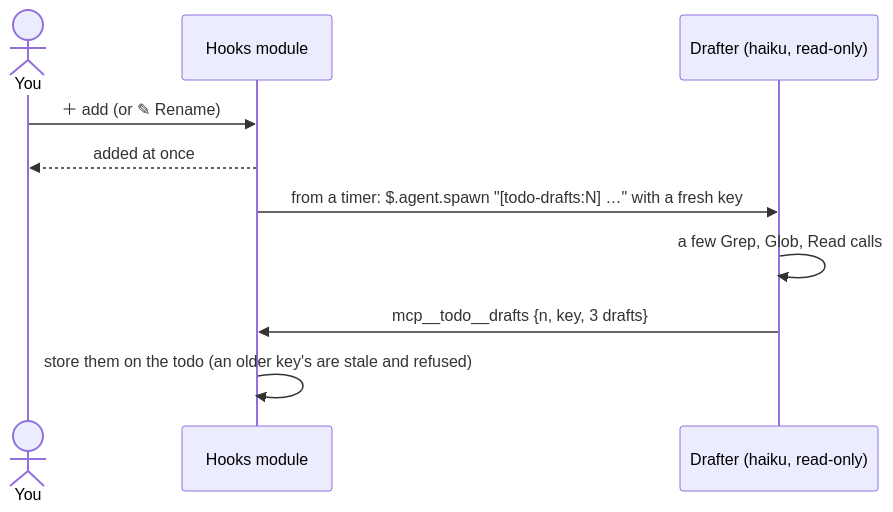
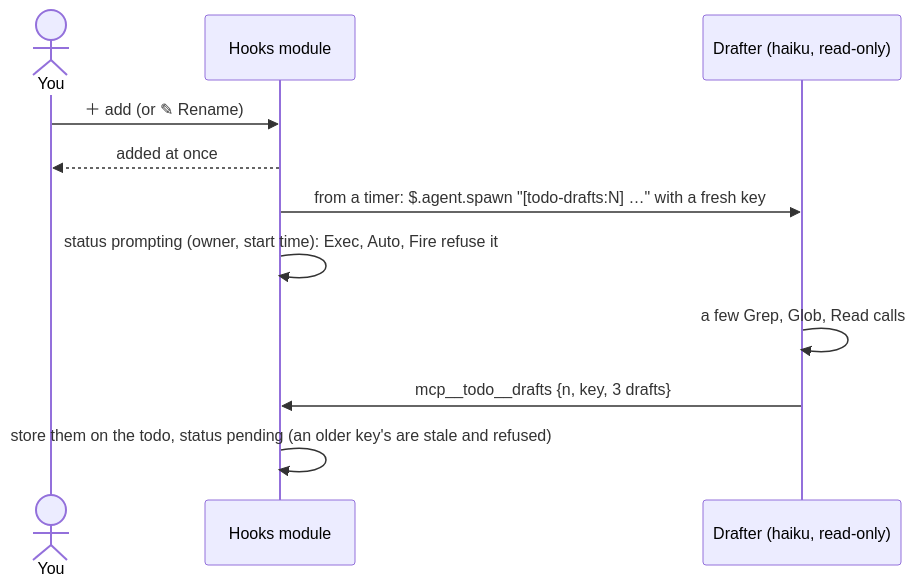
Before and after one commit to declanshanaghy/claude-todo: the fourth of 6 diagrams in docs/architecture.md, drawn with Mermaid. The commit also changed other lines of this file and 9 other files, not shown here.

````diff
--- a/docs/architecture.md
+++ b/docs/architecture.md
@@ -161,12 +167,13 @@
 ```mermaid
 sequenceDiagram
   actor U as You
   participant H as Hooks module
   participant D as Drafter (haiku, read-only)
   U->>H: ＋ add (or ✎ Rename)
   H-->>U: added at once
   H->>D: from a timer: $.agent.spawn "[todo-drafts:N] …" with a fresh key
+  H->>H: status prompting (owner, start time): Exec, Auto, Fire refuse it
   D->>D: a few Grep, Glob, Read calls
   D->>H: mcp__todo__drafts {n, key, 3 drafts}
-  H->>H: store them on the todo (an older key's are stale and refused)
+  H->>H: store them on the todo, status pending (an older key's are stale and refused)
 ```
````
